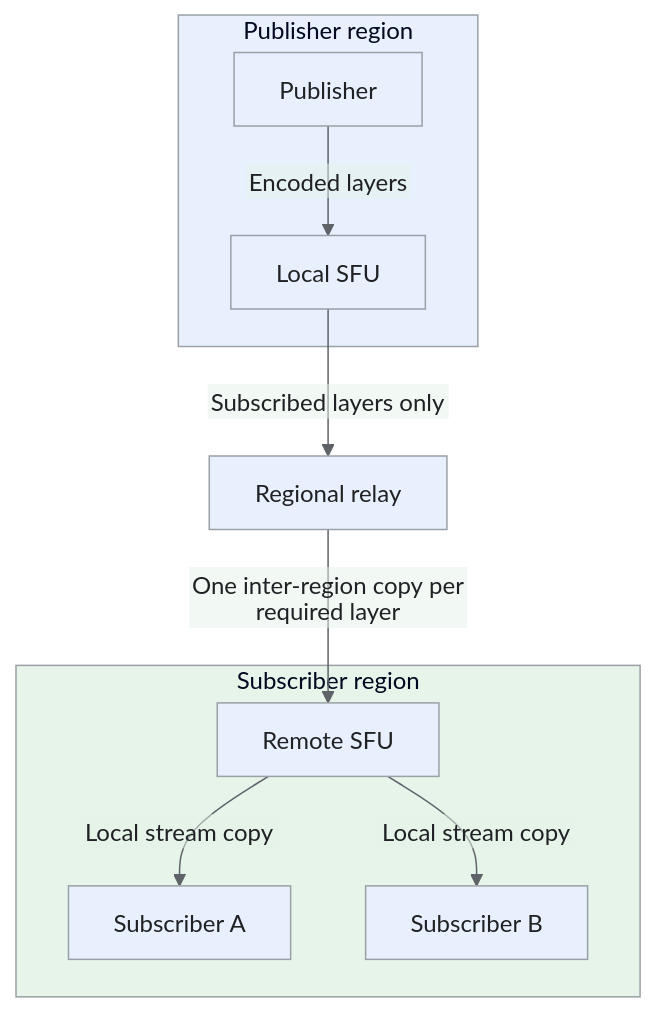
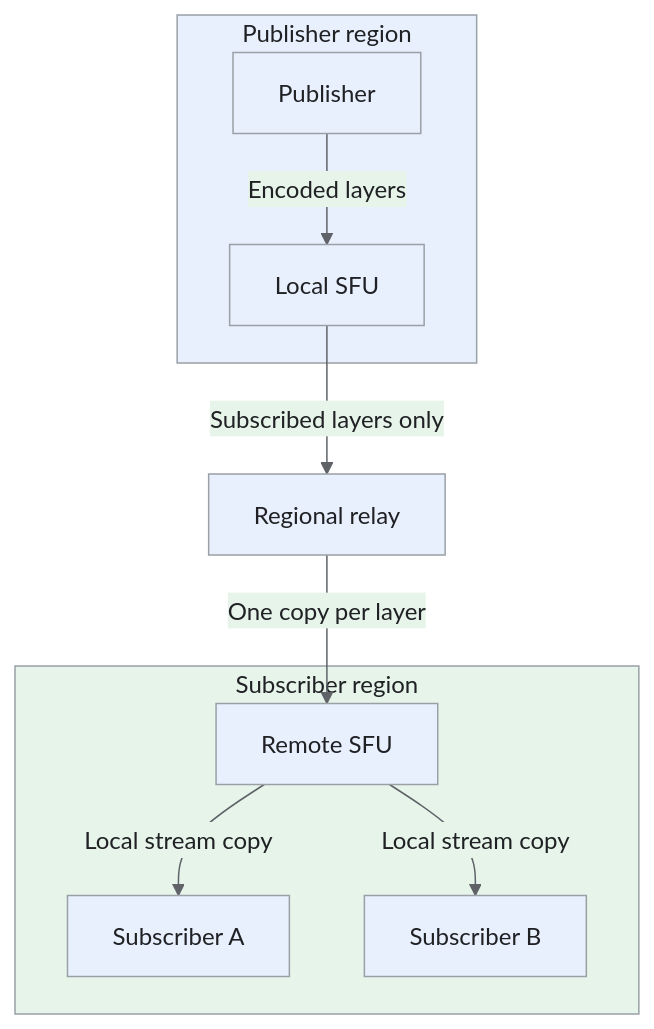
Before and after one commit to iliazlobin/iliazlobin.github.io: the ninth of 10 diagrams in _designs/system-design-video-conferencing-zoom.md, drawn with Mermaid. The commit also changed other lines of this file and 116 other files, not shown here.

````diff
--- a/_designs/system-design-video-conferencing-zoom.md
+++ b/_designs/system-design-video-conferencing-zoom.md
@@ -523,20 +533,20 @@
 ```mermaid
-%%{init: {'theme':'base','htmlLabels':false,'flowchart':{'htmlLabels':false},'themeVariables':{'fontFamily':'Arial, sans-serif','primaryColor':'#e8f0fe','primaryTextColor':'#202124','primaryBorderColor':'#9aa0a6','lineColor':'#5f6368','secondaryColor':'#e6f4ea','tertiaryColor':'#fef7e0','actorBkg':'#e8f0fe','actorBorder':'#9aa0a6','actorTextColor':'#202124','noteBkgColor':'#fef7e0','noteTextColor':'#202124','noteBorderColor':'#9aa0a6','signalColor':'#5f6368','signalTextColor':'#202124','labelBoxBkgColor':'#fef7e0','labelBoxBorderColor':'#9aa0a6'}}}%%
+%%{init: {"theme":"base","themeVariables":{"primaryColor":"#e8f0fe","primaryBorderColor":"#9aa0a6","primaryTextColor":"#202124","secondaryColor":"#e6f4ea","tertiaryColor":"#fef7e0","lineColor":"#5f6368","actorBkg":"#e8f0fe","actorBorder":"#9aa0a6","actorTextColor":"#202124","noteBkgColor":"#fef7e0","noteBorderColor":"#9aa0a6","noteTextColor":"#202124","signalColor":"#5f6368","signalTextColor":"#202124"}}}%%
 flowchart TB
   subgraph LOCAL["Publisher region"]
     P["Publisher"] -->|"Encoded layers"| L["Local SFU"]
   end
   L -->|"Subscribed layers only"| X["Regional relay"]
   subgraph REMOTE["Subscriber region"]
     R["Remote SFU"] -->|"Local stream copy"| A["Subscriber A"]
     R -->|"Local stream copy"| B["Subscriber B"]
   end
-  X -->|"One inter-region copy per required layer"| R
+  X -->|"One copy per layer"| R
   style LOCAL fill:#e8f0fe,stroke:#9aa0a6,color:#202124
   style REMOTE fill:#e6f4ea,stroke:#9aa0a6,color:#202124
 classDef request fill:#e8f0fe,stroke:#9aa0a6,color:#202124;
 classDef data fill:#e6f4ea,stroke:#9aa0a6,color:#202124;
 classDef control fill:#fef7e0,stroke:#9aa0a6,color:#202124;
 classDef danger fill:#fce8e6,stroke:#9aa0a6,color:#202124;
 class P,L,X,R,A,B request;
 ```
````
